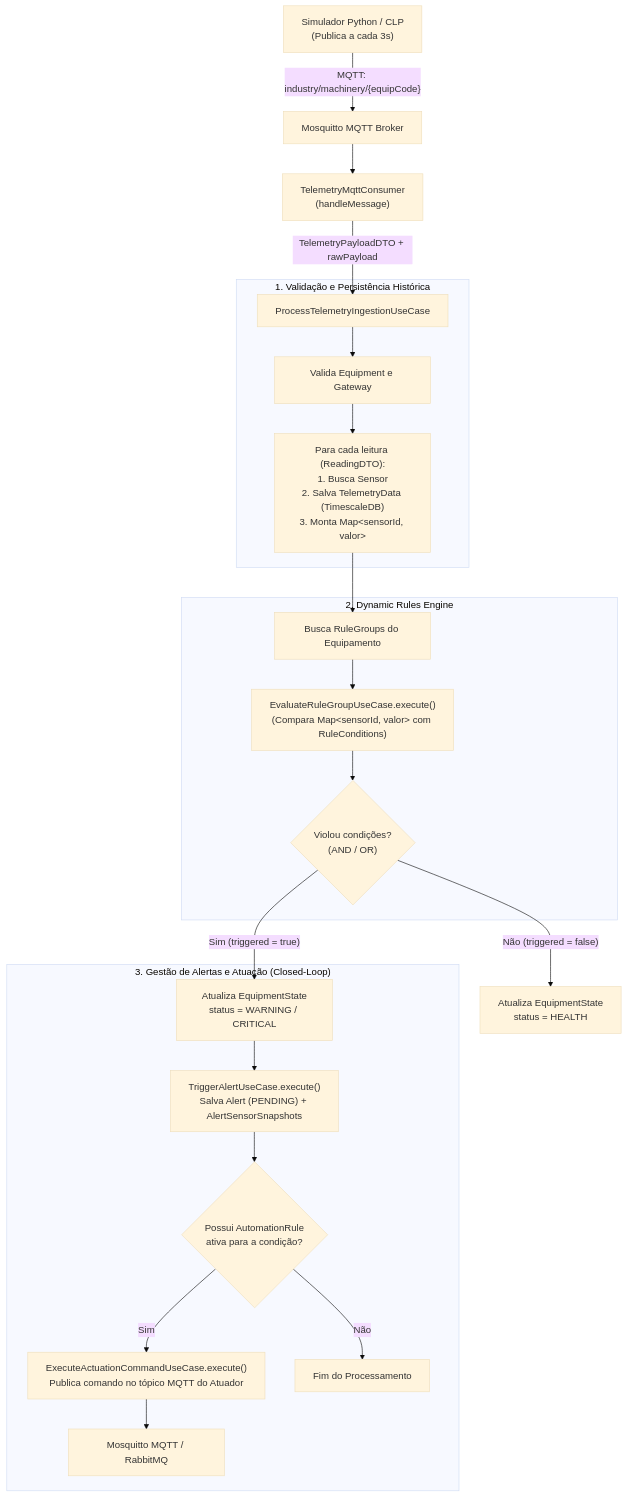
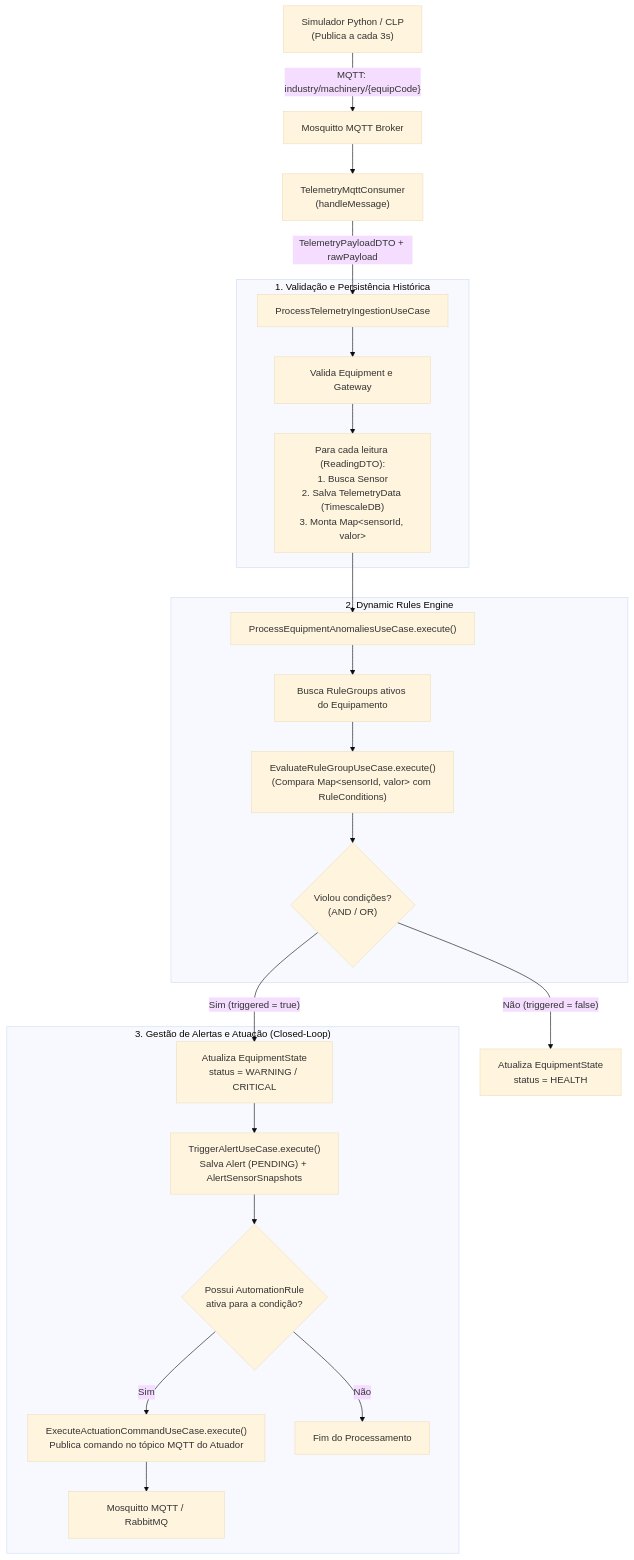
The first of 3 diagrams in docs/telemetry-and-rules-flow.md (igorhgds/industrial-iot-backend), drawn with Mermaid (base theme) before and after one commit. The commit also changed other lines of this file and 3 other files, not shown here.

Commit message:
docs: update README architecture diagrams, backlog progress and refactoring

````diff
--- a/docs/telemetry-and-rules-flow.md
+++ b/docs/telemetry-and-rules-flow.md
@@ -33,30 +33,31 @@
 ```mermaid
 flowchart TD
     Sim["Simulador Python / CLP<br/>(Publica a cada 3s)"] -->|"MQTT: industry/machinery/{equipCode}"| Broker["Mosquitto MQTT Broker"]
     Broker --> Consumer["TelemetryMqttConsumer<br/>(handleMessage)"]
     Consumer -->|"TelemetryPayloadDTO + rawPayload"| Ingest["ProcessTelemetryIngestionUseCase"]
 
     subgraph Ingestion ["1. Validação e Persistência Histórica"]
         Ingest --> ValEquip["Valida Equipment e Gateway"]
         ValEquip --> LoopSensors["Para cada leitura (ReadingDTO):<br/>1. Busca Sensor<br/>2. Salva TelemetryData (TimescaleDB)<br/>3. Monta Map&lt;sensorId, valor&gt;"]
     end
 
-    LoopSensors --> FetchRules["Busca RuleGroups do Equipamento"]
+    LoopSensors --> AnomalyUC["ProcessEquipmentAnomaliesUseCase.execute()"]
 
     subgraph RulesEngine ["2. Dynamic Rules Engine"]
+        AnomalyUC --> FetchRules["Busca RuleGroups ativos do Equipamento"]
         FetchRules --> Eval["EvaluateRuleGroupUseCase.execute()<br/>(Compara Map&lt;sensorId, valor&gt; com RuleConditions)"]
         Eval --> CheckOp{"Violou condições?<br/>(AND / OR)"}
     end
 
     CheckOp -->|"Não (triggered = false)"| Healthy["Atualiza EquipmentState<br/>status = HEALTH"]
 
     CheckOp -->|"Sim (triggered = true)"| Unhealthy["Atualiza EquipmentState<br/>status = WARNING / CRITICAL"]
 
     subgraph AlertAndActuation ["3. Gestão de Alertas e Atuação (Closed-Loop)"]
         Unhealthy --> TriggerAlert["TriggerAlertUseCase.execute()<br/>Salva Alert (PENDING) + AlertSensorSnapshots"]
         TriggerAlert --> CheckAuto{"Possui AutomationRule<br/>ativa para a condição?"}
         CheckAuto -->|"Sim"| ExecAct["ExecuteActuationCommandUseCase.execute()<br/>Publica comando no tópico MQTT do Atuador"]
         CheckAuto -->|"Não"| EndFlow["Fim do Processamento"]
         ExecAct --> BrokerCmd["Mosquitto MQTT / RabbitMQ"]
     end
 ```
````
